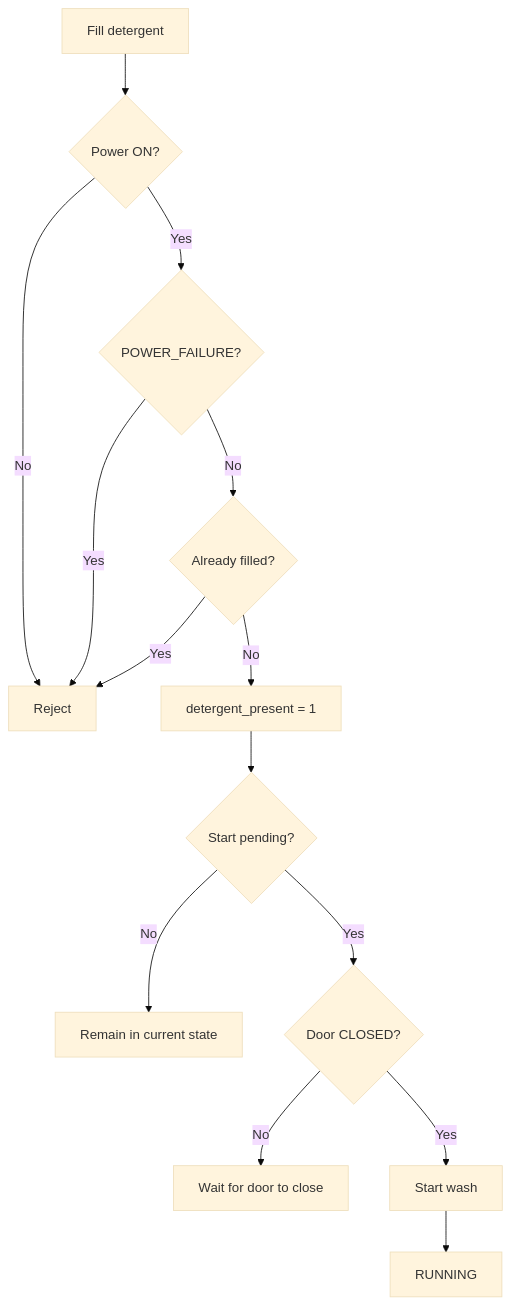
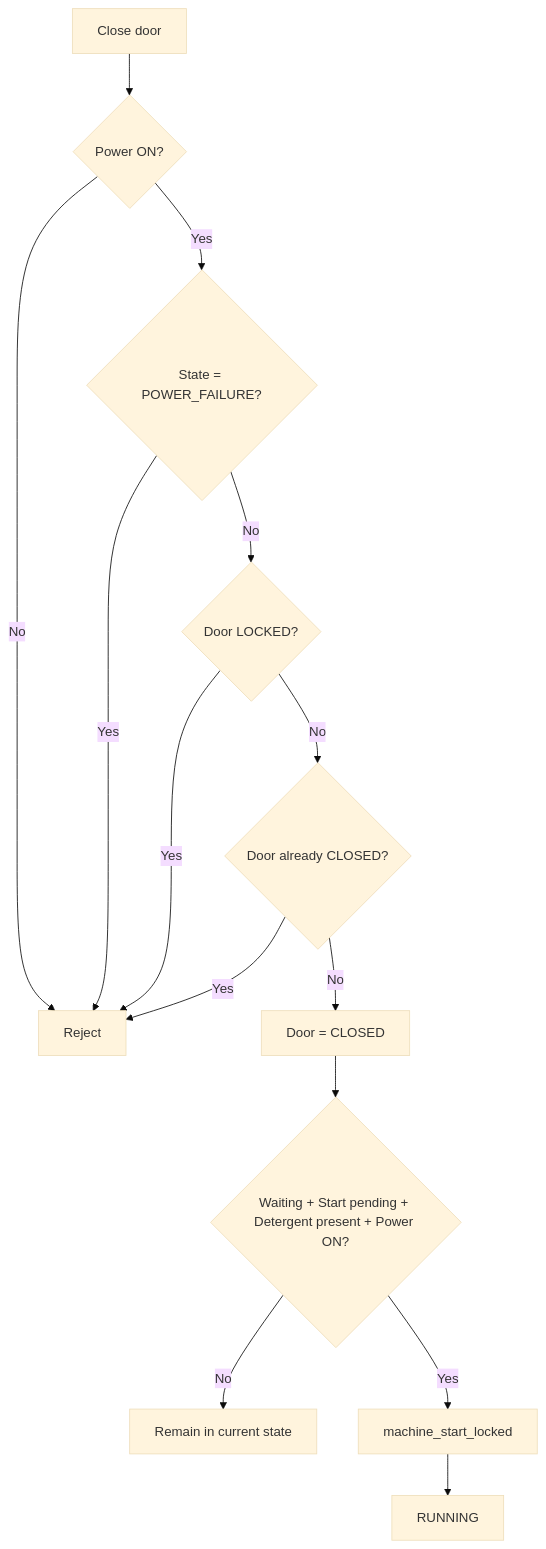
One commit to BMMADHUMITHA/weighted_rr changed the sixth of 19 diagrams in README.md. Above: the diagram before and after it, drawn with Mermaid (base theme). The commit also changed other lines of this file, not shown here.

````diff
--- a/README.md
+++ b/README.md
@@ -287,16 +265,16 @@
 ```mermaid
 flowchart TD
-    A[Fill detergent] --> B{Power ON?}
+    A[Close door] --> B{Power ON?}
     B -- No --> X[Reject]
-    B -- Yes --> C{POWER_FAILURE?}
+    B -- Yes --> C{State = POWER_FAILURE?}
     C -- Yes --> X
-    C -- No --> D{Already filled?}
+    C -- No --> D{Door LOCKED?}
     D -- Yes --> X
-    D -- No --> E[detergent_present = 1]
-    E --> F{Start pending?}
-    F -- No --> G[Remain in current state]
-    F -- Yes --> H{Door CLOSED?}
-    H -- No --> I[Wait for door to close]
-    H -- Yes --> J[Start wash]
-    J --> K[RUNNING]
+    D -- No --> E{Door already CLOSED?}
+    E -- Yes --> X
+    E -- No --> F[Door = CLOSED]
+    F --> G{Waiting + Start pending + Detergent present + Power ON?}
+    G -- No --> H[Remain in current state]
+    G -- Yes --> I[machine_start_locked]
+    I --> J[RUNNING]
 ```
````
